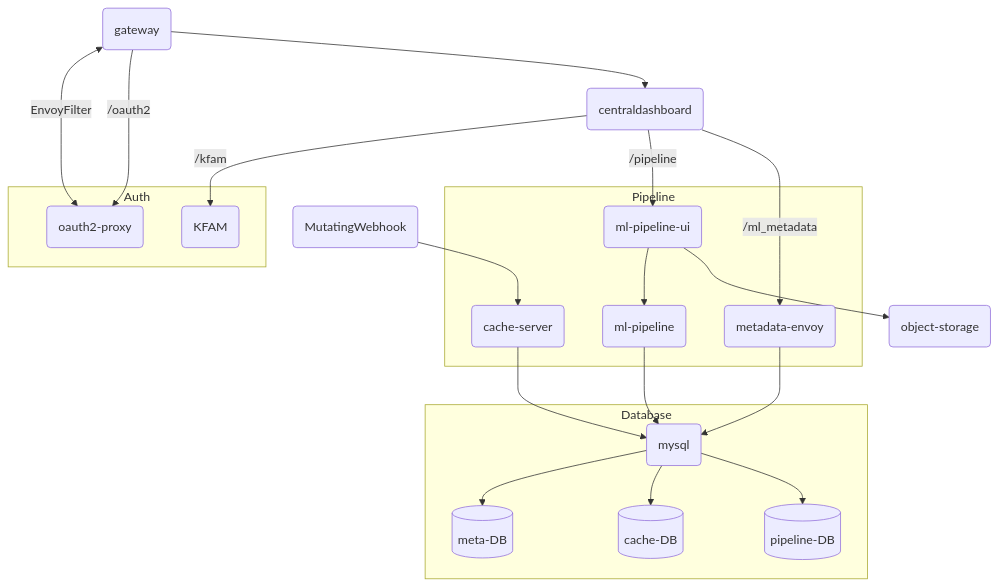
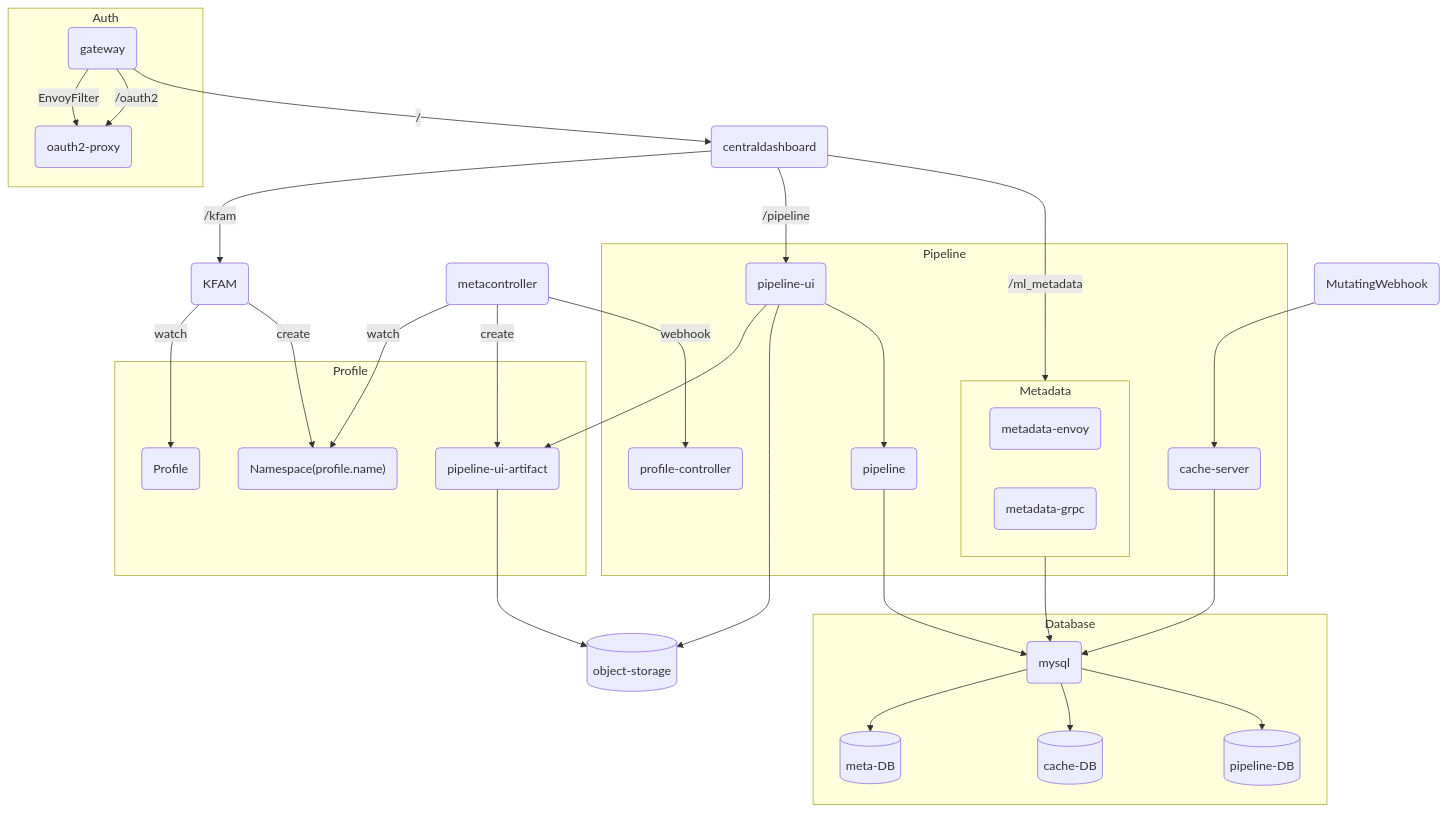
One commit to hhk7734/wiki changed the diagram in docs/mlops/mlops/kubeflow/architecture.mdx. Above: the diagram before and after it, drawn with Mermaid. The commit also changed other lines of this file and 2 other files, not shown here.

````diff
--- a/docs/mlops/mlops/kubeflow/architecture.mdx
+++ b/docs/mlops/mlops/kubeflow/architecture.mdx
@@ -11,41 +17,61 @@
 ```mermaid
 flowchart
-  G(gateway)
-  C(centraldashboard)
-  OBJ(object-storage)
-
-  subgraph ABox [Auth]
-    A(oauth2-proxy)
-    KFAM(KFAM)
+  subgraph Auth
+    Gateway(gateway)
+    Oauth2Proxy(oauth2-proxy)
   end
 
+  Gateway --EnvoyFilter --> Oauth2Proxy
+  Gateway -- /oauth2 --> Oauth2Proxy
+
+  CentralDashboard(centraldashboard)
+  ObjectStorage[(object-storage)]
+  MetaController(metacontroller)
+  KFAM(KFAM)
+
+
   subgraph PBox [Pipeline]
-    META(metadata-envoy)
+    subgraph META [Metadata]
+      METAE(metadata-envoy)
+      METAG(metadata-grpc)
+    end
     CACHE(cache-server)
-    PIPE(ml-pipeline)
-    PUI(ml-pipeline-ui)
+    Pipeline(pipeline)
+    PipelineUI(pipeline-ui)
+    ProfileController(profile-controller)
   end
 
   subgraph DBox [Database]
     DB(mysql)
     MDB[(meta-DB)]
     CDB[(cache-DB)]
     PDB[(pipeline-DB)]
   end
 
+  subgraph PFBox [Profile]
+    Profile(Profile)
+    ProfileNamespace("Namespace(profile.name)")
+    PiepelineUIArtifact(pipeline-ui-artifact)
+  end
+
   MW(MutatingWebhook)
 
-  G <--EnvoyFilter --> A
-  G -- /oauth2 --> A
-  G --> C
-  PUI --> PIPE
-  C -- /kfam --> KFAM
-  C -- /pipeline --> PUI
-  C -- /ml_metadata --> META
+  Gateway -- / --> CentralDashboard
+  PipelineUI --> PiepelineUIArtifact
+  PipelineUI --> ObjectStorage
+  PipelineUI --> Pipeline
+  CentralDashboard -- /kfam --> KFAM
+  CentralDashboard -- /pipeline --> PipelineUI
+  CentralDashboard -- /ml_metadata --> META
   DB --> MDB & CDB & PDB
   META --> DB
-  PIPE --> DB
+  Pipeline --> DB
   CACHE --> DB
   MW --> CACHE
-  PUI --> OBJ
+  MetaController -- webhook --> ProfileController
+  KFAM -- watch --> Profile
+  KFAM -- create --> ProfileNamespace
+  MetaController -- watch --> ProfileNamespace
+  MetaController -- create --> PiepelineUIArtifact
+  PiepelineUIArtifact --> ObjectStorage
 ```
````
